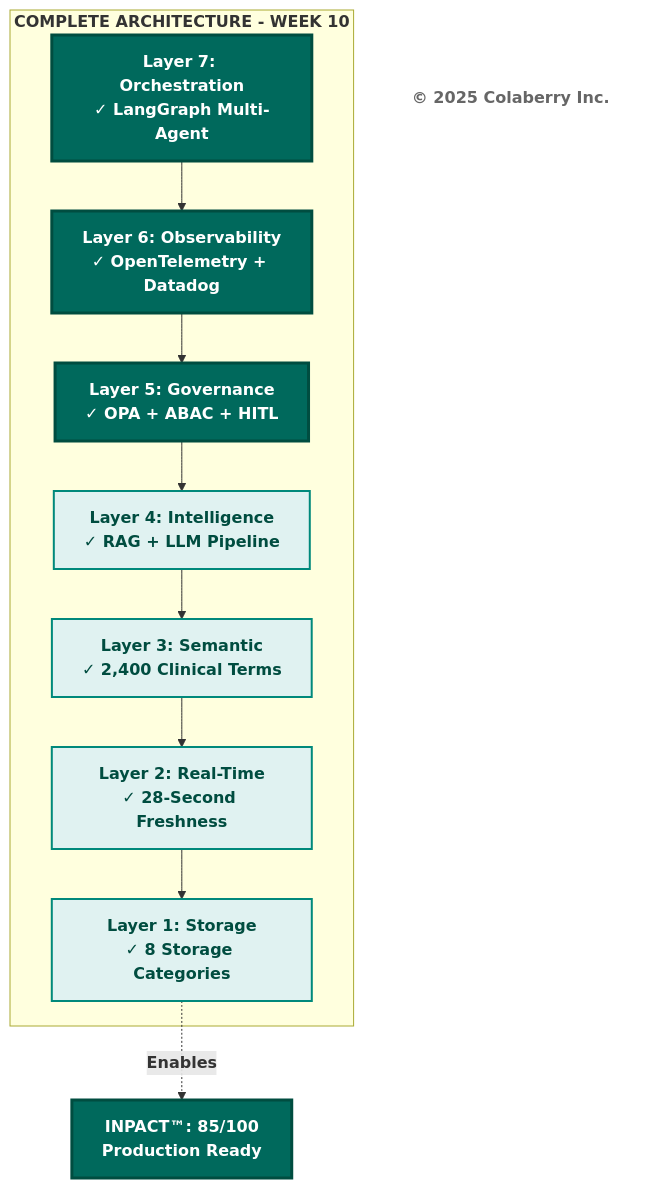
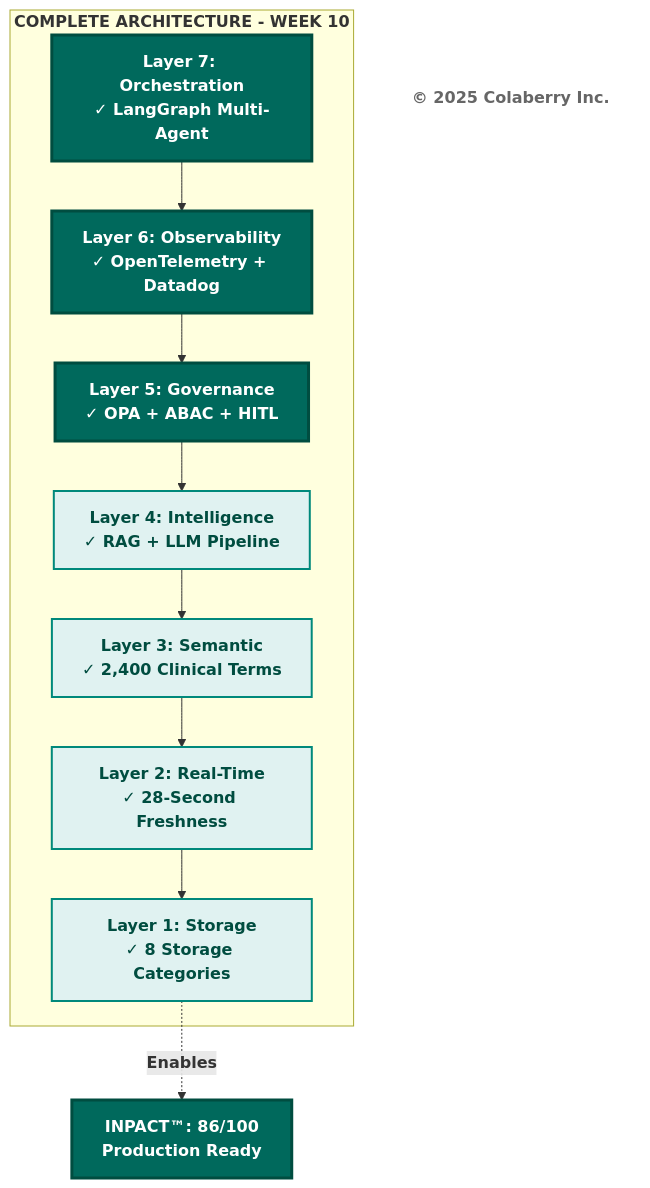
Diagram 13 of 14 in manuscript/07_chapter_6_transparency_orchestration_layers.md (saitejesh-cyber/trust-before-intelligence-book), drawn with Mermaid before and after one commit. The commit also changed other lines of this file and 2 other files, not shown here.

````diff
--- a/manuscript/07_chapter_6_transparency_orchestration_layers.md
+++ b/manuscript/07_chapter_6_transparency_orchestration_layers.md
@@ -1251,29 +1246,29 @@
 ```mermaid
 graph TB
     subgraph "<b>COMPLETE ARCHITECTURE - WEEK 10</b>"
         L7["<b>Layer 7: Orchestration</b><br/><b>✓ LangGraph Multi-Agent</b>"]
         L6["<b>Layer 6: Observability</b><br/><b>✓ OpenTelemetry + Datadog</b>"]
         L5["<b>Layer 5: Governance</b><br/><b>✓ OPA + ABAC + HITL</b>"]
         L4["<b>Layer 4: Intelligence</b><br/><b>✓ RAG + LLM Pipeline</b>"]
         L3["<b>Layer 3: Semantic</b><br/><b>✓ 2,400 Clinical Terms</b>"]
         L2["<b>Layer 2: Real-Time</b><br/><b>✓ 28-Second Freshness</b>"]
         L1["<b>Layer 1: Storage</b><br/><b>✓ 8 Storage Categories</b>"]
     end
     
-    INPACT["<b>INPACT™: 85/100</b><br/><b>Production Ready</b>"]
+    INPACT["<b>INPACT™: 86/100</b><br/><b>Production Ready</b>"]
     
     Copyright["<b>© 2025 Colaberry Inc.</b>"]
     
     L7 --> L6 --> L5 --> L4 --> L3 --> L2 --> L1
     L1 -.->|<b>Enables</b>| INPACT
     
     style L7 fill:#00695c,color:#ffffff,stroke:#004d40,stroke-width:3px
     style L6 fill:#00695c,color:#ffffff,stroke:#004d40,stroke-width:3px
     style L5 fill:#00695c,color:#ffffff,stroke:#004d40,stroke-width:3px
     style L4 fill:#e0f2f1,stroke:#00897b,stroke-width:2px,color:#004d40
     style L3 fill:#e0f2f1,stroke:#00897b,stroke-width:2px,color:#004d40
     style L2 fill:#e0f2f1,stroke:#00897b,stroke-width:2px,color:#004d40
     style L1 fill:#e0f2f1,stroke:#00897b,stroke-width:2px,color:#004d40
     style INPACT fill:#00695c,color:#ffffff,stroke:#004d40,stroke-width:3px
     style Copyright fill:#ffffff,stroke:none,color:#666666
 ```
````
